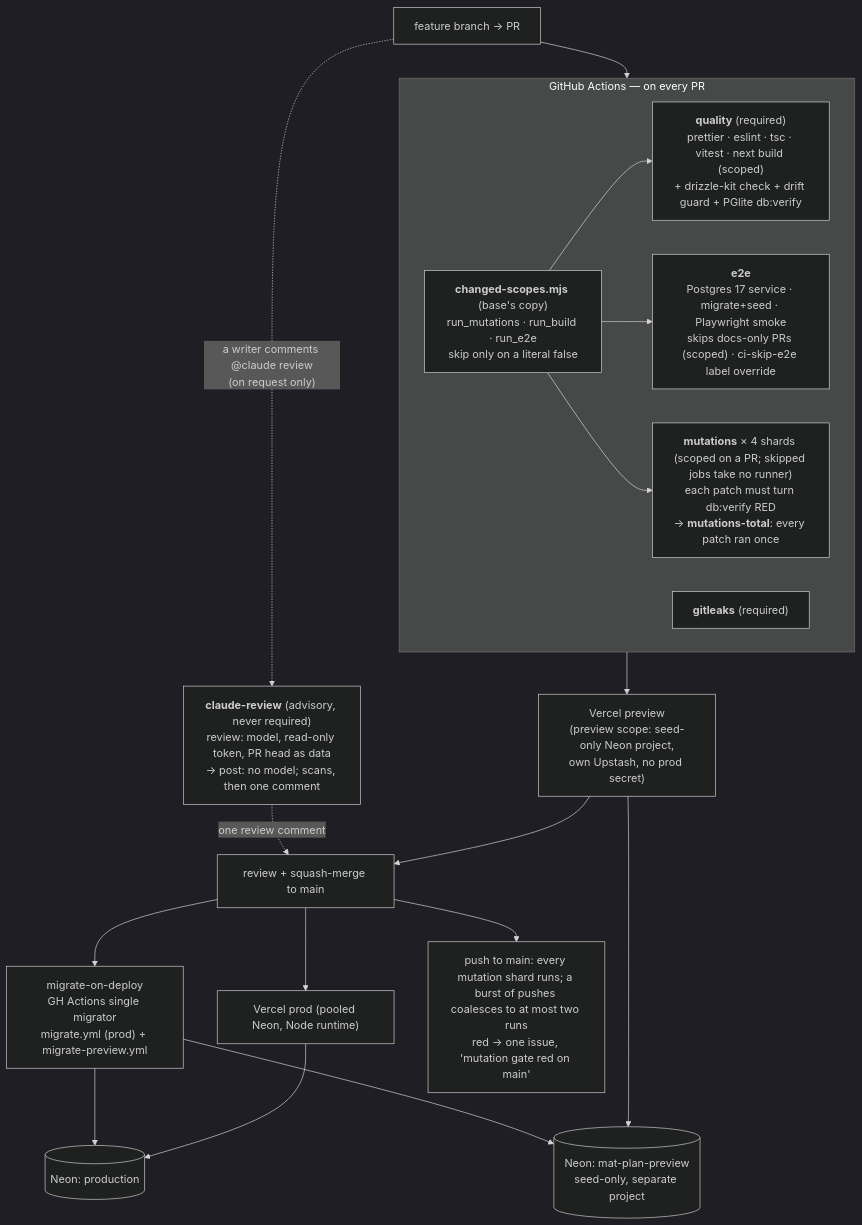
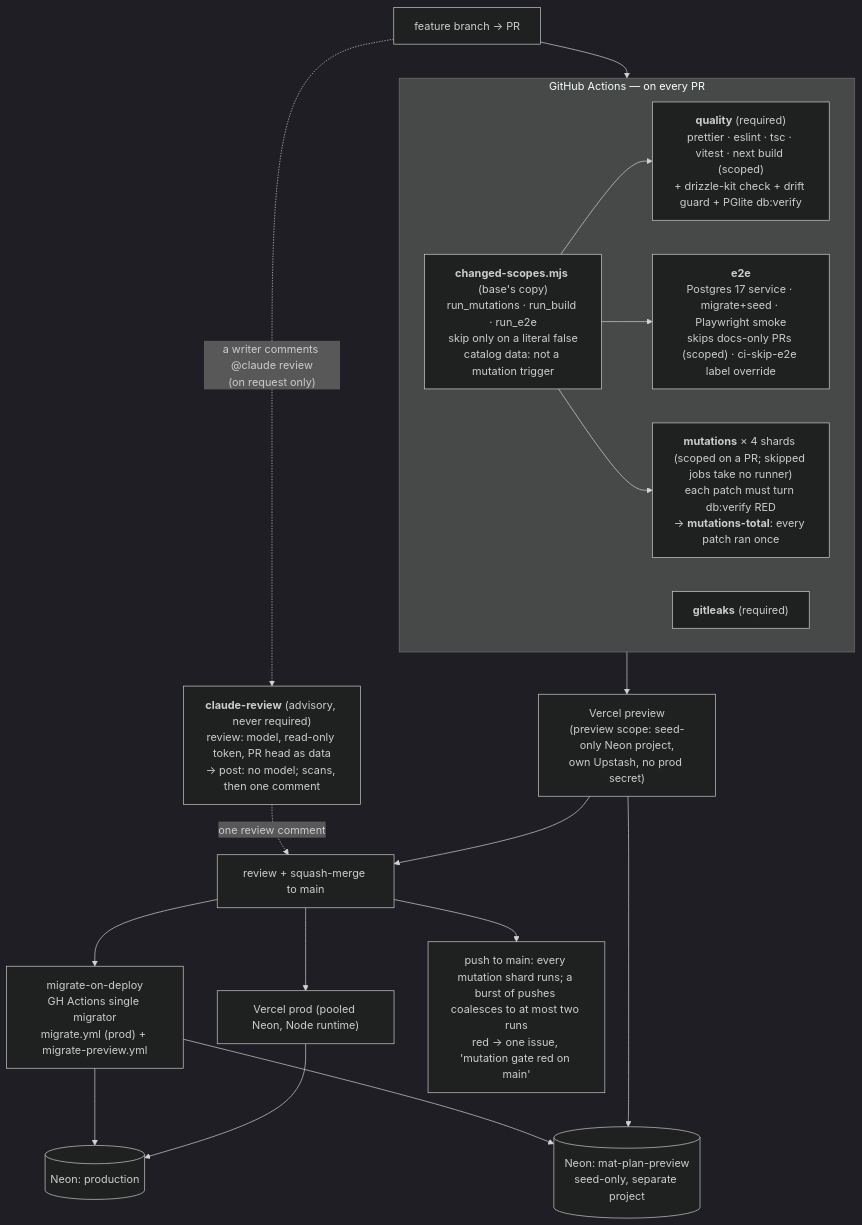
One commit to ralamode/mat-plan changed diagram 17 of 21 in docs/architecture.md. Above: the diagram before and after it, drawn with Mermaid (dark theme). The commit also changed 3 other files, not shown here.

First line of the commit message:
ci(dx-18): a pull request that only adds catalog data skips the mutation proof (#738)

````diff
--- a/docs/architecture.md
+++ b/docs/architecture.md
@@ -856,25 +856,25 @@
 ```mermaid
 flowchart TB
   DEV["feature branch → PR"] --> CI
   subgraph CI["GitHub Actions — on every PR"]
-    S["<b>changed-scopes.mjs</b> (base's copy)<br/>run_mutations · run_build · run_e2e<br/>skip only on a literal false"]
+    S["<b>changed-scopes.mjs</b> (base's copy)<br/>run_mutations · run_build · run_e2e<br/>skip only on a literal false<br/>catalog data: not a mutation trigger"]
     Q["<b>quality</b> (required)<br/>prettier · eslint · tsc · vitest · next build (scoped)<br/>+ drizzle-kit check + drift guard + PGlite db:verify"]
     E["<b>e2e</b><br/>Postgres 17 service · migrate+seed · Playwright smoke<br/>skips docs-only PRs (scoped) · ci-skip-e2e label override"]
     M["<b>mutations</b> × 4 shards (scoped on a PR; skipped jobs take no runner)<br/>each patch must turn db:verify RED<br/>→ <b>mutations-total</b>: every patch ran once"]
     S --> Q
     S --> E
     S --> M
     G["<b>gitleaks</b> (required)"]
   end
   CI --> PREV["Vercel preview<br/>(preview scope: seed-only Neon project,<br/>own Upstash, no prod secret)"]
   DEV -. "a writer comments @claude review<br/>(on request only)" .-> CR["<b>claude-review</b> (advisory, never required)<br/>review: model, read-only token, PR head as data<br/>→ post: no model; scans, then one comment"]
   CR -. "one review comment" .-> REV
   PREV --> REV["review + squash-merge to main"]
   REV --> MIG["migrate-on-deploy<br/>GH Actions single migrator<br/>migrate.yml (prod) + migrate-preview.yml"]
   REV --> PROD["Vercel prod (pooled Neon, Node runtime)"]
   REV --> MAIN["push to main: every mutation shard runs; a burst of pushes coalesces to at most two runs<br/>red → one issue, 'mutation gate red on main'"]
   MIG --> NEON[("Neon: production")]
   MIG --> NEONP[("Neon: mat-plan-preview<br/>seed-only, separate project")]
   PROD --> NEON
   PREV --> NEONP
 ```
````
